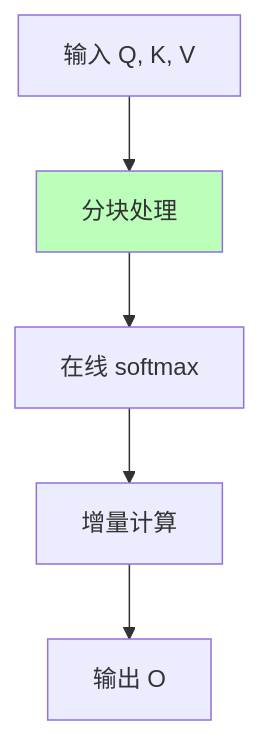
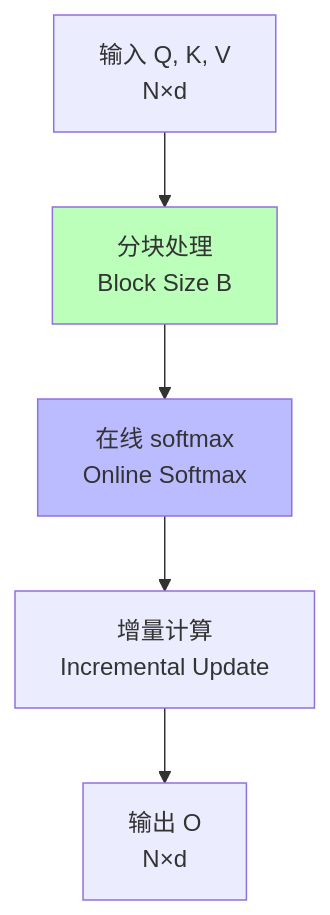
Before and after one commit to AdaMartin18010/FormalAI: the fourth of 4 diagrams in concepts/01-AI三层模型架构/01.1.2-GPU矩阵运算与CUDA优化.md, drawn with Mermaid. The commit also changed other lines of this file and 126 other files, not shown here.

````diff
--- a/concepts/01-AI三层模型架构/01.1.2-GPU矩阵运算与CUDA优化.md
+++ b/concepts/01-AI三层模型架构/01.1.2-GPU矩阵运算与CUDA优化.md
@@ -157,9 +224,10 @@
 ```mermaid
 graph TB
-    A[输入 Q, K, V] --> B[分块处理]
-    B --> C[在线 softmax]
-    C --> D[增量计算]
-    D --> E[输出 O]
+    A[输入 Q, K, V<br>N×d] --> B[分块处理<br>Block Size B]
+    B --> C[在线 softmax<br>Online Softmax]
+    C --> D[增量计算<br>Incremental Update]
+    D --> E[输出 O<br>N×d]
 
     style B fill:#bfb
+    style C fill:#bbf
 ```
````
